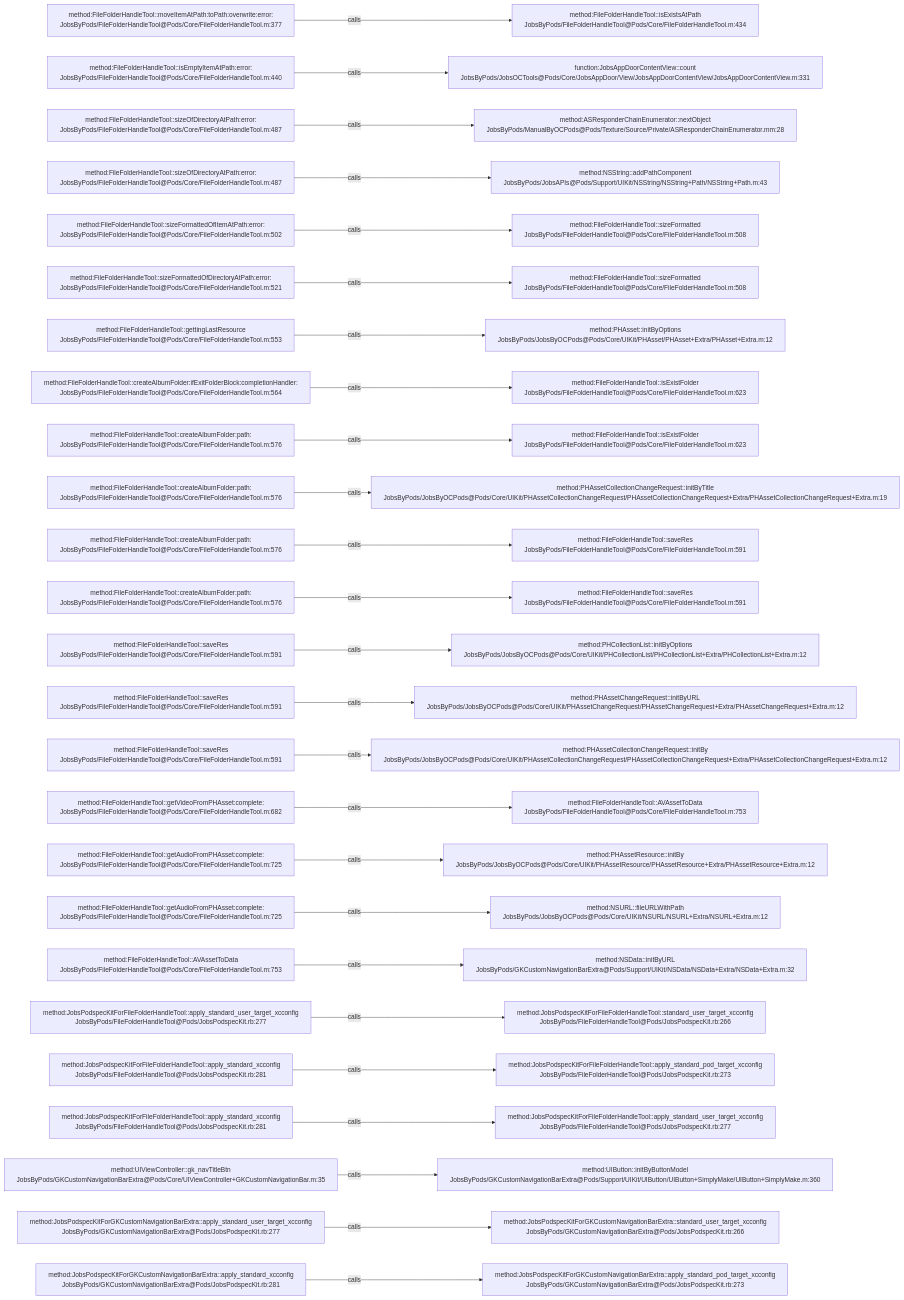
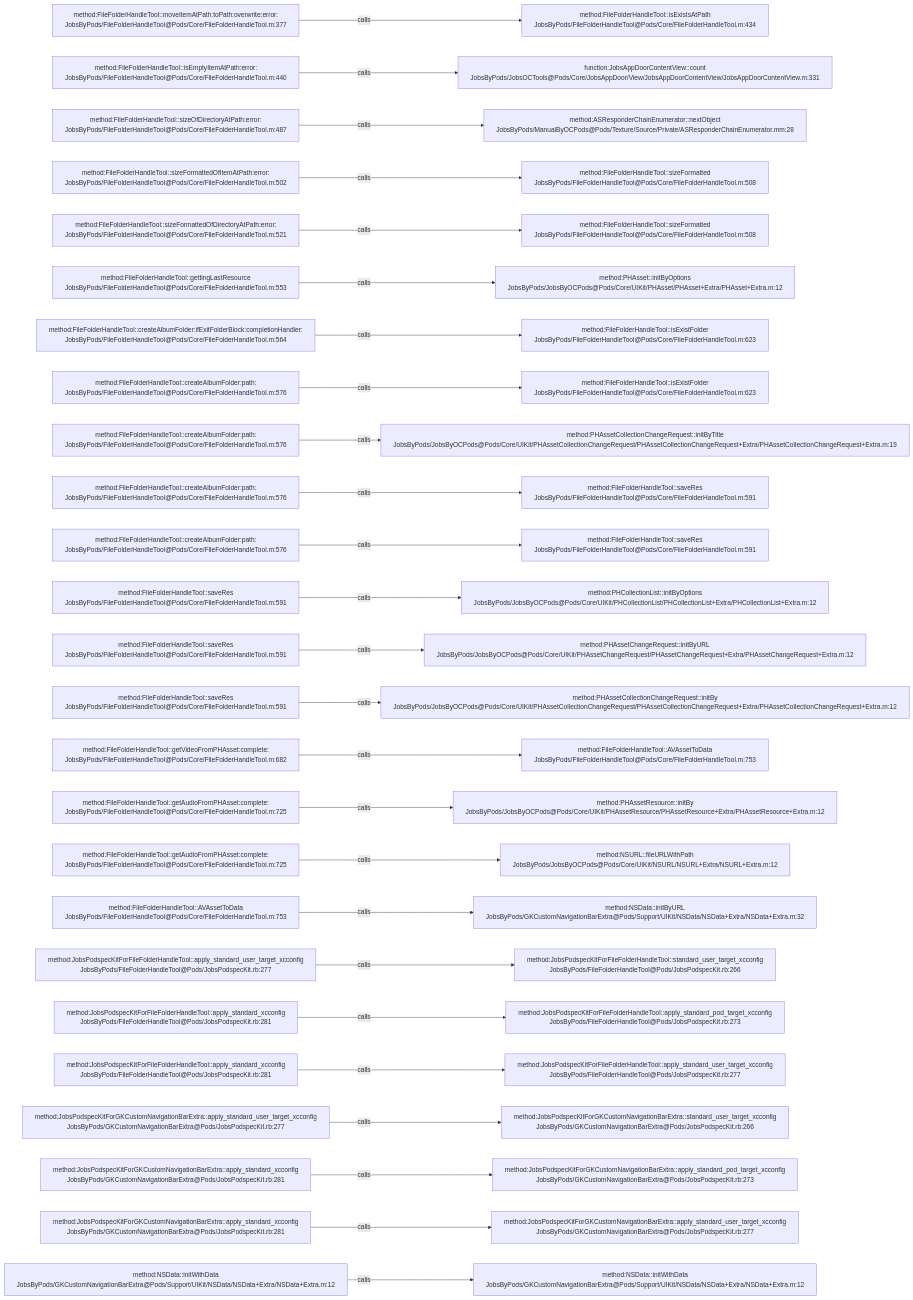
Before and after one commit to JobsKits/JobsOCBaseConfigDemo: the diagram in .codegraph/codegraph.md/graphs/calls-003.md, drawn with Mermaid. The commit also changed 639 other files, not shown here.

````diff
--- a/.codegraph/codegraph.md/graphs/calls-003.md
+++ b/.codegraph/codegraph.md/graphs/calls-003.md
@@ -13,78 +13,78 @@
 ```mermaid
 flowchart LR
   S1["method:FileFolderHandleTool::moveItemAtPath:toPath:overwrite:error:<br/>JobsByPods/FileFolderHandleTool@Pods/Core/FileFolderHandleTool.m:377"]
   T1["method:FileFolderHandleTool::isExistsAtPath<br/>JobsByPods/FileFolderHandleTool@Pods/Core/FileFolderHandleTool.m:434"]
   S1 -->|calls| T1
   S2["method:FileFolderHandleTool::isEmptyItemAtPath:error:<br/>JobsByPods/FileFolderHandleTool@Pods/Core/FileFolderHandleTool.m:440"]
   T2["function:JobsAppDoorContentView::count<br/>JobsByPods/JobsOCTools@Pods/Core/JobsAppDoor/View/JobsAppDoorContentView/JobsAppDoorContentView.m:331"]
   S2 -->|calls| T2
   S3["method:FileFolderHandleTool::sizeOfDirectoryAtPath:error:<br/>JobsByPods/FileFolderHandleTool@Pods/Core/FileFolderHandleTool.m:487"]
   T3["method:ASResponderChainEnumerator::nextObject<br/>JobsByPods/ManualByOCPods@Pods/Texture/Source/Private/ASResponderChainEnumerator.mm:28"]
   S3 -->|calls| T3
-  S4["method:FileFolderHandleTool::sizeOfDirectoryAtPath:error:<br/>JobsByPods/FileFolderHandleTool@Pods/Core/FileFolderHandleTool.m:487"]
-  T4["method:NSString::addPathComponent<br/>JobsByPods/JobsAPIs@Pods/Support/UIKit/NSString/NSString+Path/NSString+Path.m:43"]
+  S4["method:FileFolderHandleTool::sizeFormattedOfItemAtPath:error:<br/>JobsByPods/FileFolderHandleTool@Pods/Core/FileFolderHandleTool.m:502"]
+  T4["method:FileFolderHandleTool::sizeFormatted<br/>JobsByPods/FileFolderHandleTool@Pods/Core/FileFolderHandleTool.m:508"]
   S4 -->|calls| T4
-  S5["method:FileFolderHandleTool::sizeFormattedOfItemAtPath:error:<br/>JobsByPods/FileFolderHandleTool@Pods/Core/FileFolderHandleTool.m:502"]
+  S5["method:FileFolderHandleTool::sizeFormattedOfDirectoryAtPath:error:<br/>JobsByPods/FileFolderHandleTool@Pods/Core/FileFolderHandleTool.m:521"]
   T5["method:FileFolderHandleTool::sizeFormatted<br/>JobsByPods/FileFolderHandleTool@Pods/Core/FileFolderHandleTool.m:508"]
   S5 -->|calls| T5
-  S6["method:FileFolderHandleTool::sizeFormattedOfDirectoryAtPath:error:<br/>JobsByPods/FileFolderHandleTool@Pods/Core/FileFolderHandleTool.m:521"]
-  T6["method:FileFolderHandleTool::sizeFormatted<br/>JobsByPods/FileFolderHandleTool@Pods/Core/FileFolderHandleTool.m:508"]
+  S6["method:FileFolderHandleTool::gettingLastResource<br/>JobsByPods/FileFolderHandleTool@Pods/Core/FileFolderHandleTool.m:553"]
+  T6["method:PHAsset::initByOptions<br/>JobsByPods/JobsByOCPods@Pods/Core/UIKit/PHAsset/PHAsset+Extra/PHAsset+Extra.m:12"]
   S6 -->|calls| T6
-  S7["method:FileFolderHandleTool::gettingLastResource<br/>JobsByPods/FileFolderHandleTool@Pods/Core/FileFolderHandleTool.m:553"]
-  T7["method:PHAsset::initByOptions<br/>JobsByPods/JobsByOCPods@Pods/Core/UIKit/PHAsset/PHAsset+Extra/PHAsset+Extra.m:12"]
+  S7["method:FileFolderHandleTool::createAlbumFolder:ifExitFolderBlock:completionHandler:<br/>JobsByPods/FileFolderHandleTool@Pods/Core/FileFolderHandleTool.m:564"]
+  T7["method:FileFolderHandleTool::isExistFolder<br/>JobsByPods/FileFolderHandleTool@Pods/Core/FileFolderHandleTool.m:623"]
   S7 -->|calls| T7
-  S8["method:FileFolderHandleTool::createAlbumFolder:ifExitFolderBlock:completionHandler:<br/>JobsByPods/FileFolderHandleTool@Pods/Core/FileFolderHandleTool.m:564"]
+  S8["method:FileFolderHandleTool::createAlbumFolder:path:<br/>JobsByPods/FileFolderHandleTool@Pods/Core/FileFolderHandleTool.m:576"]
   T8["method:FileFolderHandleTool::isExistFolder<br/>JobsByPods/FileFolderHandleTool@Pods/Core/FileFolderHandleTool.m:623"]
   S8 -->|calls| T8
   S9["method:FileFolderHandleTool::createAlbumFolder:path:<br/>JobsByPods/FileFolderHandleTool@Pods/Core/FileFolderHandleTool.m:576"]
-  T9["method:FileFolderHandleTool::isExistFolder<br/>JobsByPods/FileFolderHandleTool@Pods/Core/FileFolderHandleTool.m:623"]
+  T9["method:PHAssetCollectionChangeRequest::initByTitle<br/>JobsByPods/JobsByOCPods@Pods/Core/UIKit/PHAssetCollectionChangeRequest/PHAssetCollectionChangeRequest+Extra/PHAssetCollectionChangeRequest+Extra.m:19"]
   S9 -->|calls| T9
   S10["method:FileFolderHandleTool::createAlbumFolder:path:<br/>JobsByPods/FileFolderHandleTool@Pods/Core/FileFolderHandleTool.m:576"]
-  T10["method:PHAssetCollectionChangeRequest::initByTitle<br/>JobsByPods/JobsByOCPods@Pods/Core/UIKit/PHAssetCollectionChangeRequest/PHAssetCollectionChangeRequest+Extra/PHAssetCollectionChangeRequest+Extra.m:19"]
+  T10["method:FileFolderHandleTool::saveRes<br/>JobsByPods/FileFolderHandleTool@Pods/Core/FileFolderHandleTool.m:591"]
   S10 -->|calls| T10
   S11["method:FileFolderHandleTool::createAlbumFolder:path:<br/>JobsByPods/FileFolderHandleTool@Pods/Core/FileFolderHandleTool.m:576"]
   T11["method:FileFolderHandleTool::saveRes<br/>JobsByPods/FileFolderHandleTool@Pods/Core/FileFolderHandleTool.m:591"]
   S11 -->|calls| T11
-  S12["method:FileFolderHandleTool::createAlbumFolder:path:<br/>JobsByPods/FileFolderHandleTool@Pods/Core/FileFolderHandleTool.m:576"]
-  T12["method:FileFolderHandleTool::saveRes<br/>JobsByPods/FileFolderHandleTool@Pods/Core/FileFolderHandleTool.m:591"]
+  S12["method:FileFolderHandleTool::saveRes<br/>JobsByPods/FileFolderHandleTool@Pods/Core/FileFolderHandleTool.m:591"]
+  T12["method:PHCollectionList::initByOptions<br/>JobsByPods/JobsByOCPods@Pods/Core/UIKit/PHCollectionList/PHCollectionList+Extra/PHCollectionList+Extra.m:12"]
   S12 -->|calls| T12
   S13["method:FileFolderHandleTool::saveRes<br/>JobsByPods/FileFolderHandleTool@Pods/Core/FileFolderHandleTool.m:591"]
-  T13["method:PHCollectionList::initByOptions<br/>JobsByPods/JobsByOCPods@Pods/Core/UIKit/PHCollectionList/PHCollectionList+Extra/PHCollectionList+Extra.m:12"]
+  T13["method:PHAssetChangeRequest::initByURL<br/>JobsByPods/JobsByOCPods@Pods/Core/UIKit/PHAssetChangeRequest/PHAssetChangeRequest+Extra/PHAssetChangeRequest+Extra.m:12"]
   S13 -->|calls| T13
   S14["method:FileFolderHandleTool::saveRes<br/>JobsByPods/FileFolderHandleTool@Pods/Core/FileFolderHandleTool.m:591"]
-  T14["method:PHAssetChangeRequest::initByURL<br/>JobsByPods/JobsByOCPods@Pods/Core/UIKit/PHAssetChangeRequest/PHAssetChangeRequest+Extra/PHAssetChangeRequest+Extra.m:12"]
+  T14["method:PHAssetCollectionChangeRequest::initBy<br/>JobsByPods/JobsByOCPods@Pods/Core/UIKit/PHAssetCollectionChangeRequest/PHAssetCollectionChangeRequest+Extra/PHAssetCollectionChangeRequest+Extra.m:12"]
   S14 -->|calls| T14
-  S15["method:FileFolderHandleTool::saveRes<br/>JobsByPods/FileFolderHandleTool@Pods/Core/FileFolderHandleTool.m:591"]
-  T15["method:PHAssetCollectionChangeRequest::initBy<br/>JobsByPods/JobsByOCPods@Pods/Core/UIKit/PHAssetCollectionChangeRequest/PHAssetCollectionChangeRequest+Extra/PHAssetCollectionChangeRequest+Extra.m:12"]
+  S15["method:FileFolderHandleTool::getVideoFromPHAsset:complete:<br/>JobsByPods/FileFolderHandleTool@Pods/Core/FileFolderHandleTool.m:682"]
+  T15["method:FileFolderHandleTool::AVAssetToData<br/>JobsByPods/FileFolderHandleTool@Pods/Core/FileFolderHandleTool.m:753"]
   S15 -->|calls| T15
-  S16["method:FileFolderHandleTool::getVideoFromPHAsset:complete:<br/>JobsByPods/FileFolderHandleTool@Pods/Core/FileFolderHandleTool.m:682"]
-  T16["method:FileFolderHandleTool::AVAssetToData<br/>JobsByPods/FileFolderHandleTool@Pods/Core/FileFolderHandleTool.m:753"]
+  S16["method:FileFolderHandleTool::getAudioFromPHAsset:complete:<br/>JobsByPods/FileFolderHandleTool@Pods/Core/FileFolderHandleTool.m:725"]
+  T16["method:PHAssetResource::initBy<br/>JobsByPods/JobsByOCPods@Pods/Core/UIKit/PHAssetResource/PHAssetResource+Extra/PHAssetResource+Extra.m:12"]
   S16 -->|calls| T16
   S17["method:FileFolderHandleTool::getAudioFromPHAsset:complete:<br/>JobsByPods/FileFolderHandleTool@Pods/Core/FileFolderHandleTool.m:725"]
-  T17["method:PHAssetResource::initBy<br/>JobsByPods/JobsByOCPods@Pods/Core/UIKit/PHAssetResource/PHAssetResource+Extra/PHAssetResource+Extra.m:12"]
+  T17["method:NSURL::fileURLWithPath<br/>JobsByPods/JobsByOCPods@Pods/Core/UIKit/NSURL/NSURL+Extra/NSURL+Extra.m:12"]
   S17 -->|calls| T17
-  S18["method:FileFolderHandleTool::getAudioFromPHAsset:complete:<br/>JobsByPods/FileFolderHandleTool@Pods/Core/FileFolderHandleTool.m:725"]
-  T18["method:NSURL::fileURLWithPath<br/>JobsByPods/JobsByOCPods@Pods/Core/UIKit/NSURL/NSURL+Extra/NSURL+Extra.m:12"]
+  S18["method:FileFolderHandleTool::AVAssetToData<br/>JobsByPods/FileFolderHandleTool@Pods/Core/FileFolderHandleTool.m:753"]
+  T18["method:NSData::initByURL<br/>JobsByPods/GKCustomNavigationBarExtra@Pods/Support/UIKit/NSData/NSData+Extra/NSData+Extra.m:32"]
   S18 -->|calls| T18
-  S19["method:FileFolderHandleTool::AVAssetToData<br/>JobsByPods/FileFolderHandleTool@Pods/Core/FileFolderHandleTool.m:753"]
-  T19["method:NSData::initByURL<br/>JobsByPods/GKCustomNavigationBarExtra@Pods/Support/UIKit/NSData/NSData+Extra/NSData+Extra.m:32"]
+  S19["method:JobsPodspecKitForFileFolderHandleTool::apply_standard_user_target_xcconfig<br/>JobsByPods/FileFolderHandleTool@Pods/JobsPodspecKit.rb:277"]
+  T19["method:JobsPodspecKitForFileFolderHandleTool::standard_user_target_xcconfig<br/>JobsByPods/FileFolderHandleTool@Pods/JobsPodspecKit.rb:266"]
   S19 -->|calls| T19
-  S20["method:JobsPodspecKitForFileFolderHandleTool::apply_standard_user_target_xcconfig<br/>JobsByPods/FileFolderHandleTool@Pods/JobsPodspecKit.rb:277"]
-  T20["method:JobsPodspecKitForFileFolderHandleTool::standard_user_target_xcconfig<br/>JobsByPods/FileFolderHandleTool@Pods/JobsPodspecKit.rb:266"]
+  S20["method:JobsPodspecKitForFileFolderHandleTool::apply_standard_xcconfig<br/>JobsByPods/FileFolderHandleTool@Pods/JobsPodspecKit.rb:281"]
+  T20["method:JobsPodspecKitForFileFolderHandleTool::apply_standard_pod_target_xcconfig<br/>JobsByPods/FileFolderHandleTool@Pods/JobsPodspecKit.rb:273"]
   S20 -->|calls| T20
   S21["method:JobsPodspecKitForFileFolderHandleTool::apply_standard_xcconfig<br/>JobsByPods/FileFolderHandleTool@Pods/JobsPodspecKit.rb:281"]
-  T21["method:JobsPodspecKitForFileFolderHandleTool::apply_standard_pod_target_xcconfig<br/>JobsByPods/FileFolderHandleTool@Pods/JobsPodspecKit.rb:273"]
+  T21["method:JobsPodspecKitForFileFolderHandleTool::apply_standard_user_target_xcconfig<br/>JobsByPods/FileFolderHandleTool@Pods/JobsPodspecKit.rb:277"]
   S21 -->|calls| T21
-  S22["method:JobsPodspecKitForFileFolderHandleTool::apply_standard_xcconfig<br/>JobsByPods/FileFolderHandleTool@Pods/JobsPodspecKit.rb:281"]
-  T22["method:JobsPodspecKitForFileFolderHandleTool::apply_standard_user_target_xcconfig<br/>JobsByPods/FileFolderHandleTool@Pods/JobsPodspecKit.rb:277"]
+  S22["method:JobsPodspecKitForGKCustomNavigationBarExtra::apply_standard_user_target_xcconfig<br/>JobsByPods/GKCustomNavigationBarExtra@Pods/JobsPodspecKit.rb:277"]
+  T22["method:JobsPodspecKitForGKCustomNavigationBarExtra::standard_user_target_xcconfig<br/>JobsByPods/GKCustomNavigationBarExtra@Pods/JobsPodspecKit.rb:266"]
   S22 -->|calls| T22
-  S23["method:UIViewController::gk_navTitleBtn<br/>JobsByPods/GKCustomNavigationBarExtra@Pods/Core/UIViewController+GKCustomNavigationBar.m:35"]
-  T23["method:UIButton::initByButtonModel<br/>JobsByPods/GKCustomNavigationBarExtra@Pods/Support/UIKit/UIButton/UIButton+SimplyMake/UIButton+SimplyMake.m:360"]
+  S23["method:JobsPodspecKitForGKCustomNavigationBarExtra::apply_standard_xcconfig<br/>JobsByPods/GKCustomNavigationBarExtra@Pods/JobsPodspecKit.rb:281"]
+  T23["method:JobsPodspecKitForGKCustomNavigationBarExtra::apply_standard_pod_target_xcconfig<br/>JobsByPods/GKCustomNavigationBarExtra@Pods/JobsPodspecKit.rb:273"]
   S23 -->|calls| T23
-  S24["method:JobsPodspecKitForGKCustomNavigationBarExtra::apply_standard_user_target_xcconfig<br/>JobsByPods/GKCustomNavigationBarExtra@Pods/JobsPodspecKit.rb:277"]
-  T24["method:JobsPodspecKitForGKCustomNavigationBarExtra::standard_user_target_xcconfig<br/>JobsByPods/GKCustomNavigationBarExtra@Pods/JobsPodspecKit.rb:266"]
+  S24["method:JobsPodspecKitForGKCustomNavigationBarExtra::apply_standard_xcconfig<br/>JobsByPods/GKCustomNavigationBarExtra@Pods/JobsPodspecKit.rb:281"]
+  T24["method:JobsPodspecKitForGKCustomNavigationBarExtra::apply_standard_user_target_xcconfig<br/>JobsByPods/GKCustomNavigationBarExtra@Pods/JobsPodspecKit.rb:277"]
   S24 -->|calls| T24
-  S25["method:JobsPodspecKitForGKCustomNavigationBarExtra::apply_standard_xcconfig<br/>JobsByPods/GKCustomNavigationBarExtra@Pods/JobsPodspecKit.rb:281"]
-  T25["method:JobsPodspecKitForGKCustomNavigationBarExtra::apply_standard_pod_target_xcconfig<br/>JobsByPods/GKCustomNavigationBarExtra@Pods/JobsPodspecKit.rb:273"]
+  S25["method:NSData::initWithData<br/>JobsByPods/GKCustomNavigationBarExtra@Pods/Support/UIKit/NSData/NSData+Extra/NSData+Extra.m:12"]
+  T25["method:NSData::initWithData<br/>JobsByPods/GKCustomNavigationBarExtra@Pods/Support/UIKit/NSData/NSData+Extra/NSData+Extra.m:12"]
   S25 -->|calls| T25
 ```
````
